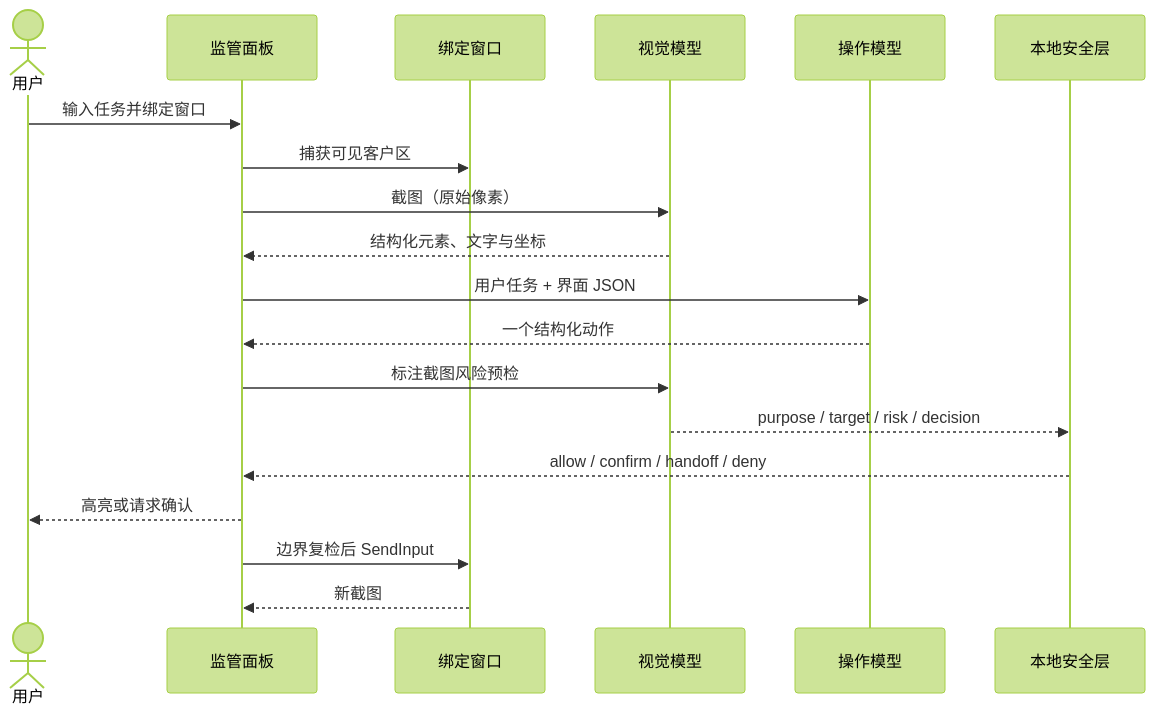
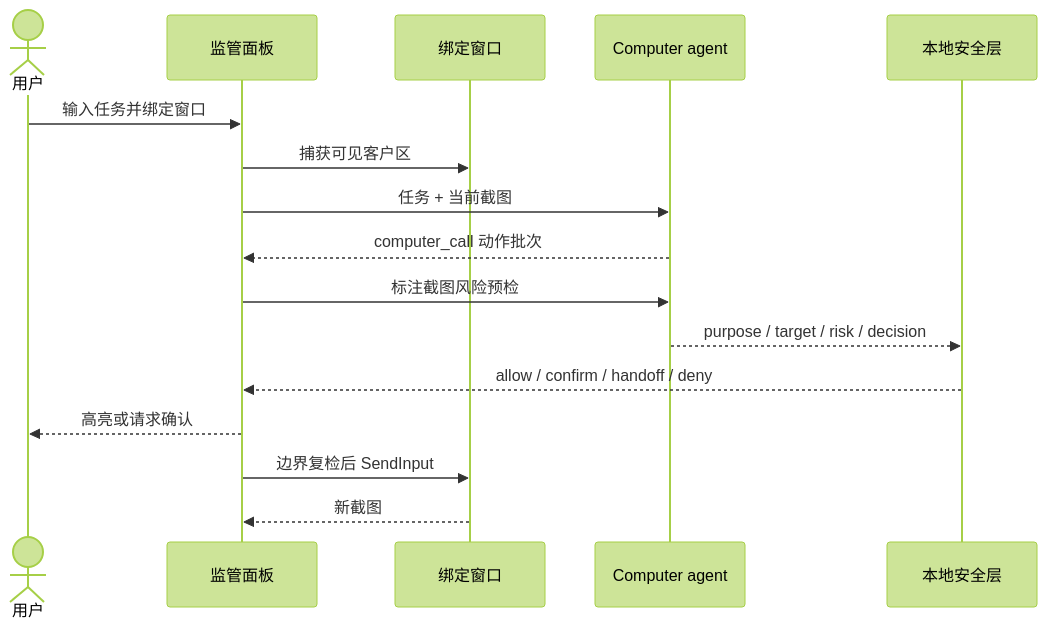
Before and after one commit to Dante9k/cyberbody: the diagram in README.md, drawn with Mermaid (forest theme). The commit also changed other lines of this file and 17 other files, not shown here.

````diff
--- a/README.md
+++ b/README.md
@@ -55,22 +61,19 @@
 ```mermaid
 sequenceDiagram
     actor User as 用户
     participant UI as 监管面板
     participant Window as 绑定窗口
-    participant Vision as 视觉模型
-    participant Action as 操作模型
+    participant Agent as Computer agent
     participant Gate as 本地安全层
 
     User->>UI: 输入任务并绑定窗口
     UI->>Window: 捕获可见客户区
-    UI->>Vision: 截图（原始像素）
-    Vision-->>UI: 结构化元素、文字与坐标
-    UI->>Action: 用户任务 + 界面 JSON
-    Action-->>UI: 一个结构化动作
-    UI->>Vision: 标注截图风险预检
-    Vision-->>Gate: purpose / target / risk / decision
+    UI->>Agent: 任务 + 当前截图
+    Agent-->>UI: computer_call 动作批次
+    UI->>Agent: 标注截图风险预检
+    Agent-->>Gate: purpose / target / risk / decision
     Gate-->>UI: allow / confirm / handoff / deny
     UI-->>User: 高亮或请求确认
     UI->>Window: 边界复检后 SendInput
     Window-->>UI: 新截图
 ```
````
